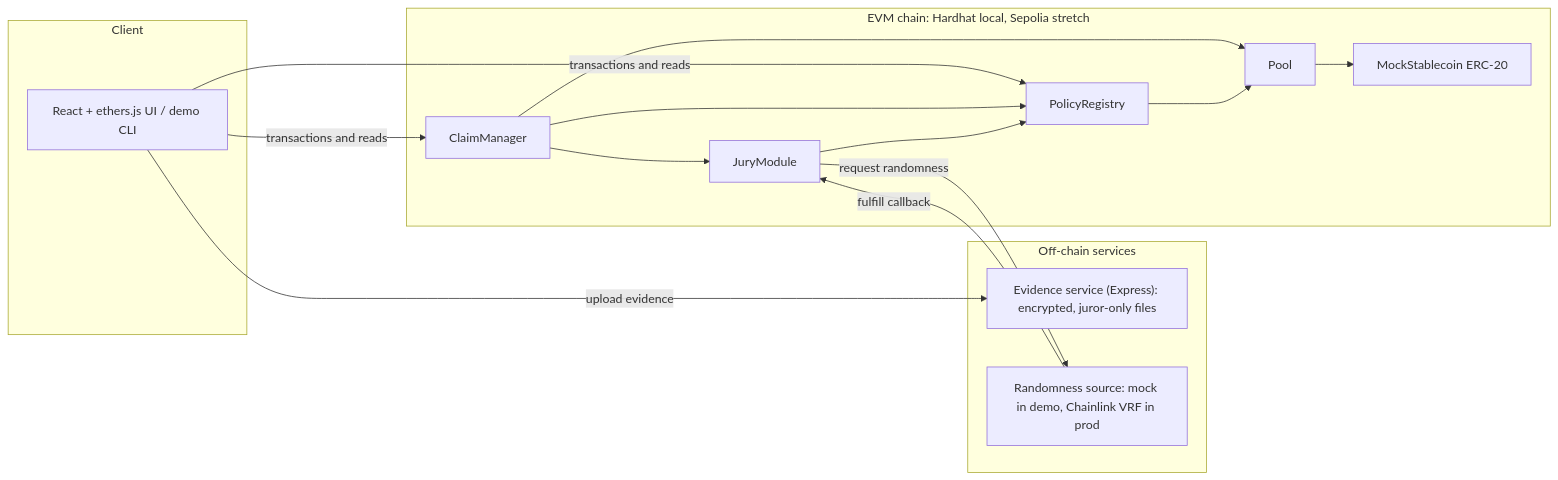
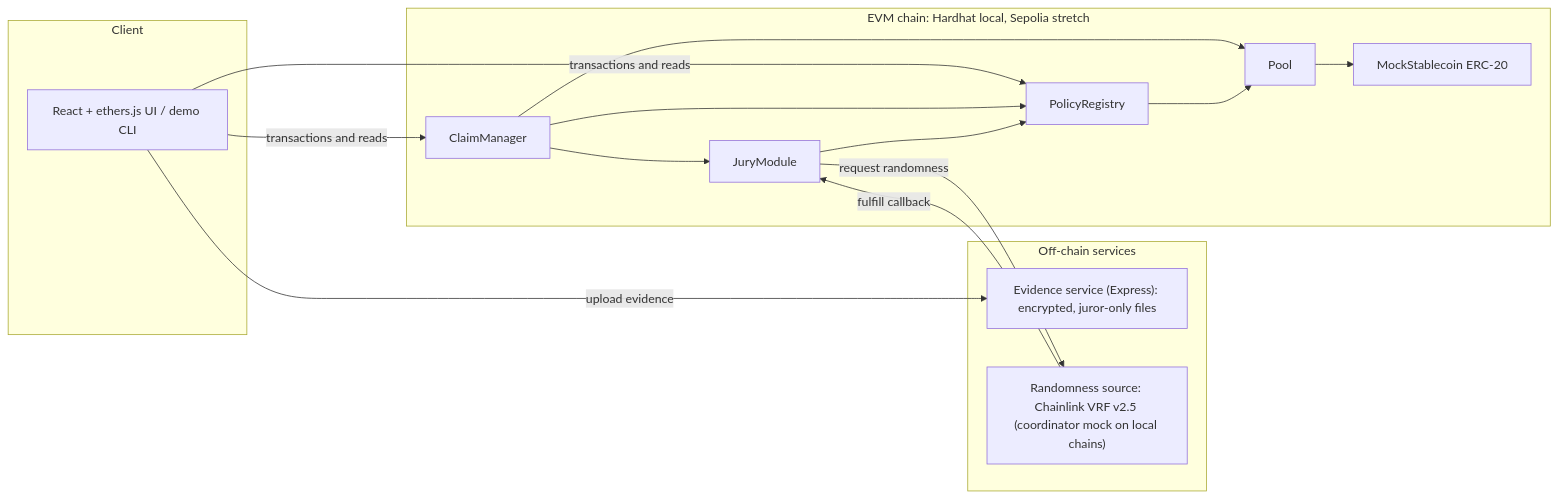
One commit to StephanieNgu/trust-pool changed the first of 5 diagrams in docs/design-doc.md. Above: the diagram before and after it, drawn with Mermaid. The commit also changed other lines of this file and 31 other files, not shown here.

First line of the commit message:
Draw juries with Chainlink VRF v2.5 instead of a keeper-chosen seed

````diff
--- a/docs/design-doc.md
+++ b/docs/design-doc.md
@@ -15,31 +15,31 @@
 ```mermaid
 flowchart LR
     subgraph Client
         UI["React + ethers.js UI / demo CLI"]
     end
 
     subgraph OffChain["Off-chain services"]
         IPFS["Evidence service (Express): encrypted, juror-only files"]
-        RNG["Randomness source: mock in demo, Chainlink VRF in prod"]
+        RNG["Randomness source: Chainlink VRF v2.5 (coordinator mock on local chains)"]
     end
 
     subgraph OnChain["EVM chain: Hardhat local, Sepolia stretch"]
         PR["PolicyRegistry"]
         POOL["Pool"]
         CM["ClaimManager"]
         JM["JuryModule"]
         TOK["MockStablecoin ERC-20"]
     end
 
     UI -->|"upload evidence"| IPFS
     UI -->|"transactions and reads"| PR
     UI -->|"transactions and reads"| CM
     CM --> PR
     CM --> JM
     CM --> POOL
     JM --> PR
     JM -->|"request randomness"| RNG
     RNG -->|"fulfill callback"| JM
     POOL --> TOK
     PR --> POOL
 ```
````
